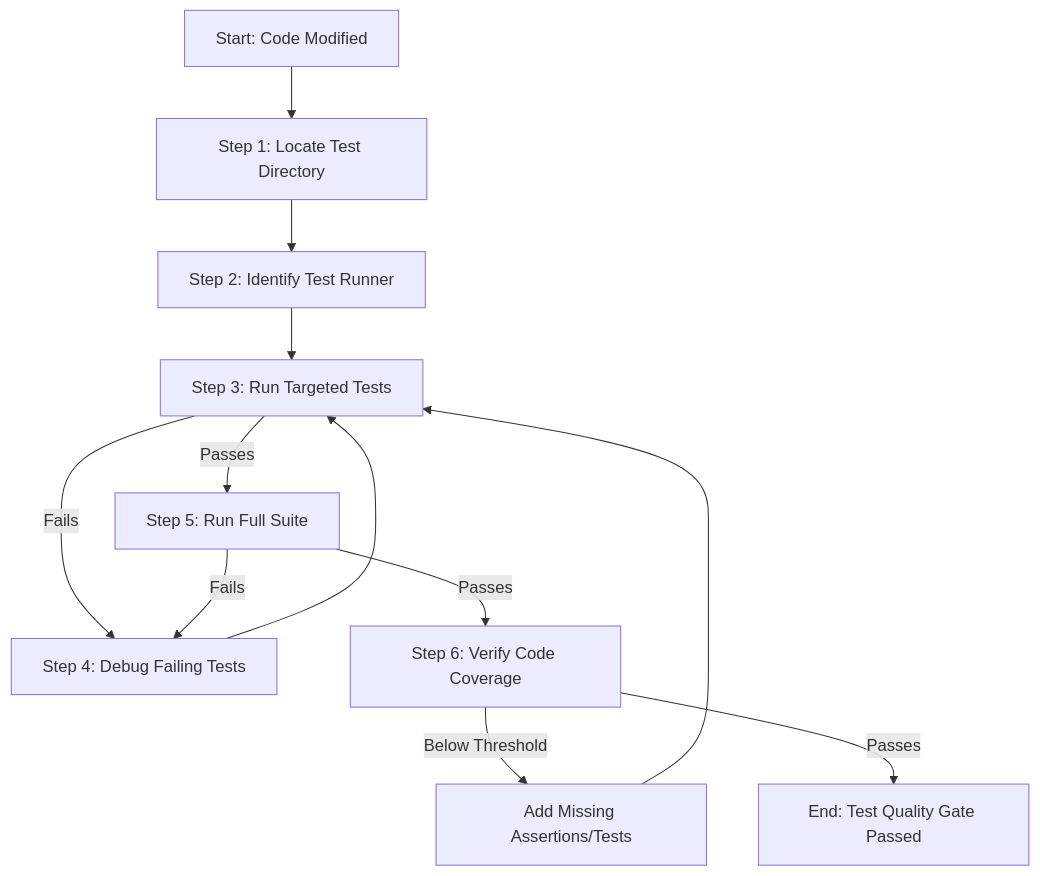
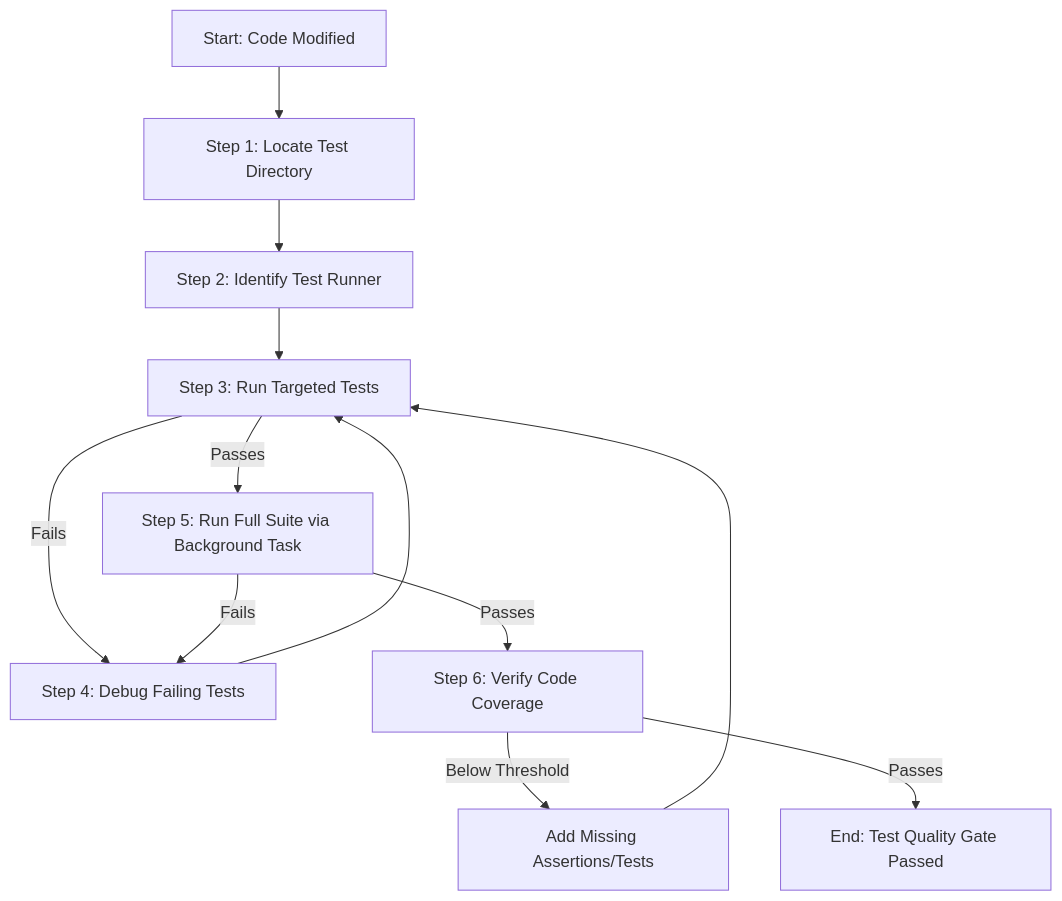
One commit to jggomez/expert-ai-developer-skills changed the diagram in workflows/test-execution-workflow.md. Above: the diagram before and after it, drawn with Mermaid. The commit also changed other lines of this file and 5 other files, not shown here.

````diff
--- a/workflows/test-execution-workflow.md
+++ b/workflows/test-execution-workflow.md
@@ -16,14 +17,14 @@
 ```mermaid
 graph TD
     A[Start: Code Modified] --> B[Step 1: Locate Test Directory]
     B --> C[Step 2: Identify Test Runner]
     C --> D[Step 3: Run Targeted Tests]
     D -->|Fails| E[Step 4: Debug Failing Tests]
     E --> D
-    D -->|Passes| F[Step 5: Run Full Suite]
+    D -->|Passes| F[Step 5: Run Full Suite via Background Task]
     F -->|Fails| E
     F -->|Passes| G[Step 6: Verify Code Coverage]
     G -->|Below Threshold| H[Add Missing Assertions/Tests]
     H --> D
     G -->|Passes| I[End: Test Quality Gate Passed]
 ```
````
